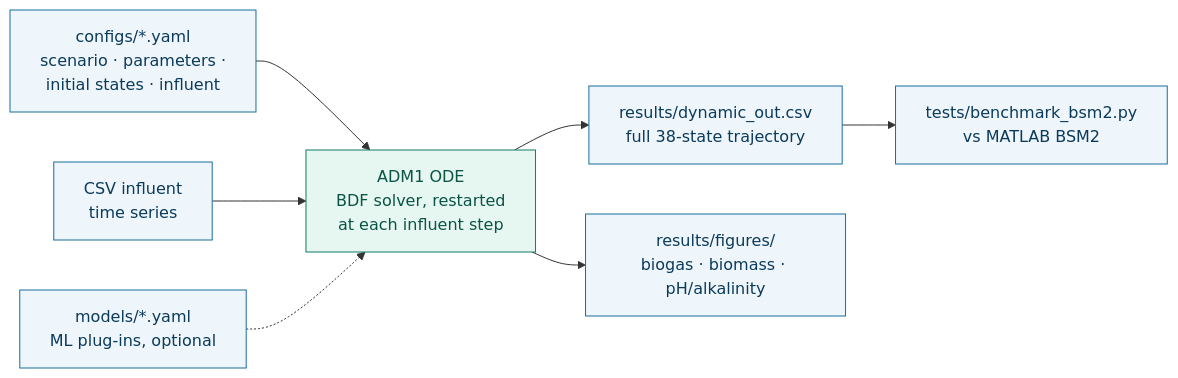
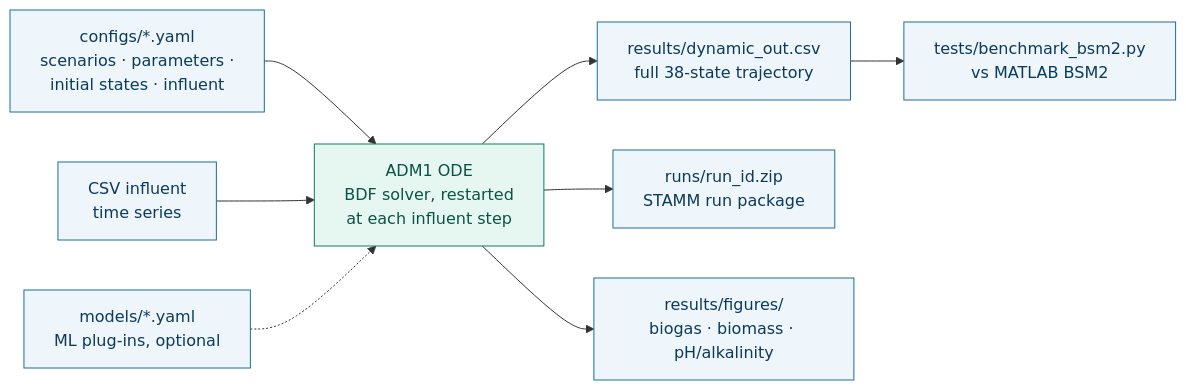
The diagram in docs/architecture.md (stamm-4m/model-adm1), drawn with Mermaid before and after one commit. The commit also changed other lines of this file and 57 other files, not shown here.

````diff
--- a/docs/architecture.md
+++ b/docs/architecture.md
@@ -3,14 +3,15 @@
 ```mermaid
 flowchart LR
-    cfg[configs/*.yaml<br/>scenario · parameters ·<br/>initial states · influent] --> sim
+    cfg[configs/*.yaml<br/>scenarios · parameters ·<br/>initial states · influent] --> sim
     inf[CSV influent<br/>time series] --> sim[ADM1 ODE<br/>BDF solver, restarted<br/>at each influent step]
     reg[models/*.yaml<br/>ML plug-ins, optional] -.-> sim
     sim --> csv[results/dynamic_out.csv<br/>full 38-state trajectory]
+    sim --> pkg[runs/run_id.zip<br/>STAMM run package]
     sim --> plots[results/figures/<br/>biogas · biomass · pH/alkalinity]
     csv --> bench[tests/benchmark_bsm2.py<br/>vs MATLAB BSM2]
 
     classDef io fill:#eef6fb,stroke:#1a6e9e,color:#0b3a5b
     classDef core fill:#e6f7f2,stroke:#117a65,color:#0b5345
-    class cfg,inf,csv,plots,reg,bench io
+    class cfg,inf,csv,pkg,plots,reg,bench io
     class sim core
 ```
````
